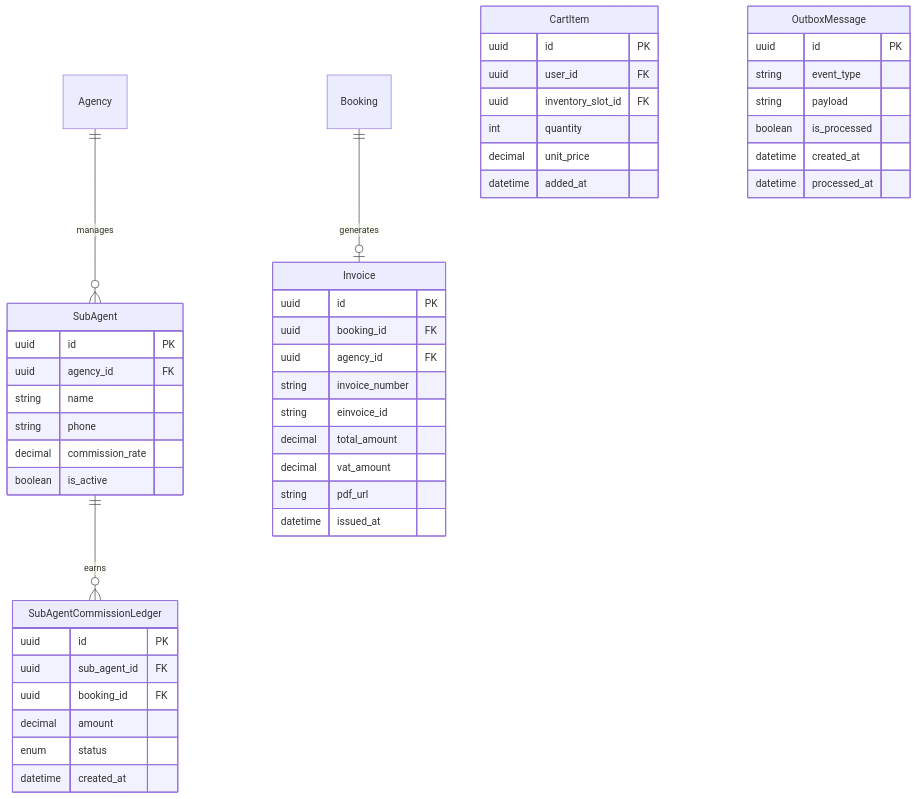
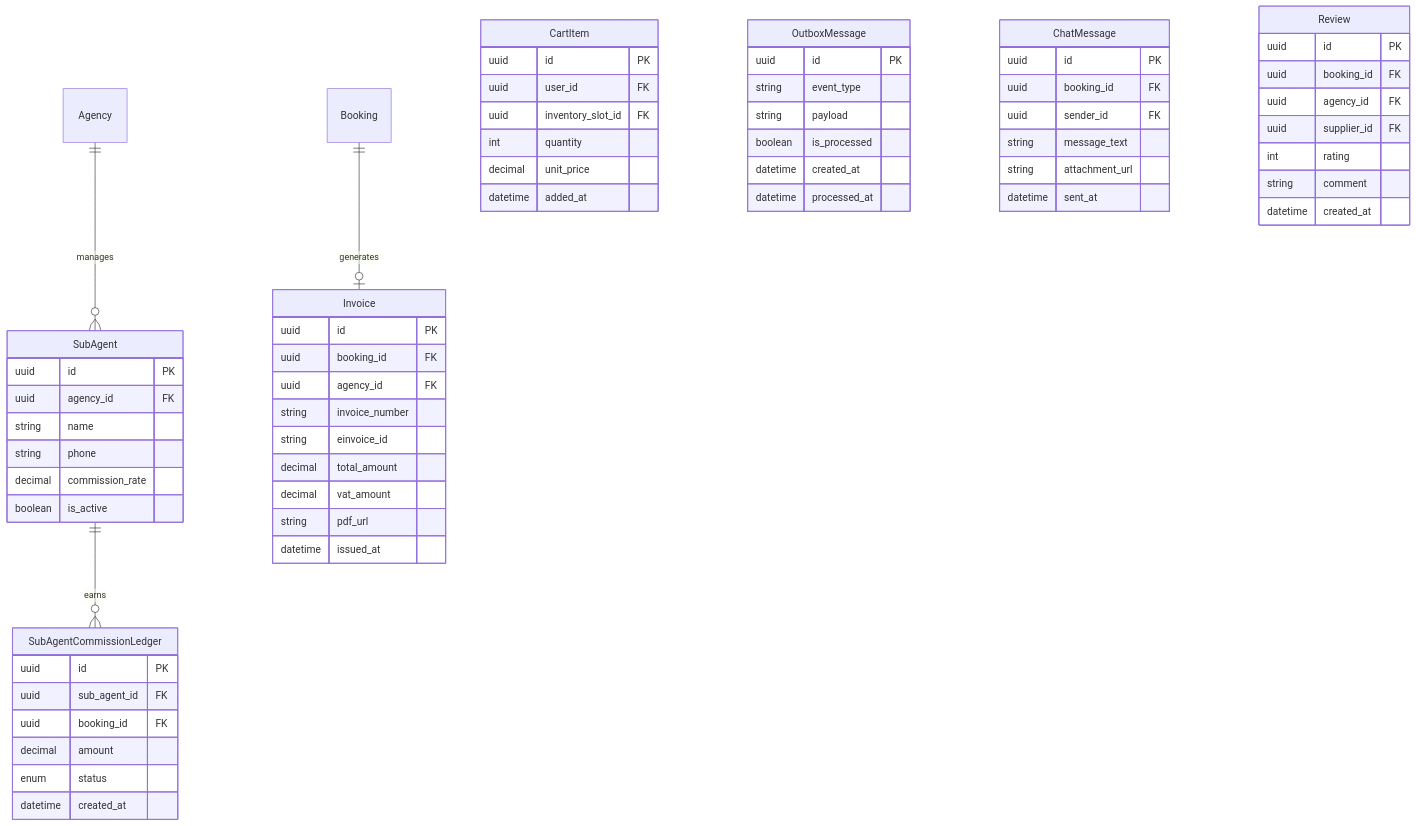
One commit to thanh-16/B2B_Tour changed the seventh of 7 diagrams in docs/Kiến trúc phần mềm/phase2_scale_up_software.md. Above: the diagram before and after it, drawn with Mermaid. The commit also changed other lines of this file and 2 other files, not shown here.

Commit message:
docs: cap nhat Phase 2 voi Real-time Chat, Review & Rating va Tro ly AI Bao Gia Combo

````diff
--- a/docs/Kiến trúc phần mềm/phase2_scale_up_software.md
+++ b/docs/Kiến trúc phần mềm/phase2_scale_up_software.md
@@ -231,55 +326,74 @@
 ```mermaid
 erDiagram
     Agency ||--o{ SubAgent : "manages"
     SubAgent ||--o{ SubAgentCommissionLedger : "earns"
 
     Booking ||--o| Invoice : "generates"
 
     SubAgent {
         uuid id PK
         uuid agency_id FK
         string name
         string phone
         decimal commission_rate
         boolean is_active
     }
 
     SubAgentCommissionLedger {
         uuid id PK
         uuid sub_agent_id FK
         uuid booking_id FK
         decimal amount
         enum status
         datetime created_at
     }
 
     Invoice {
         uuid id PK
         uuid booking_id FK
         uuid agency_id FK
         string invoice_number
         string einvoice_id
         decimal total_amount
         decimal vat_amount
         string pdf_url
         datetime issued_at
     }
 
     CartItem {
         uuid id PK
         uuid user_id FK
         uuid inventory_slot_id FK
         int quantity
         decimal unit_price
         datetime added_at
     }
 
     OutboxMessage {
         uuid id PK
         string event_type
         string payload
         boolean is_processed
         datetime created_at
         datetime processed_at
     }
+
+    ChatMessage {
+        uuid id PK
+        uuid booking_id FK
+        uuid sender_id FK
+        string message_text
+        string attachment_url
+        datetime sent_at
+    }
+
+    Review {
+        uuid id PK
+        uuid booking_id FK
+        uuid agency_id FK
+        uuid supplier_id FK
+        int rating
+        string comment
+        datetime created_at
+    }
 ```
````
